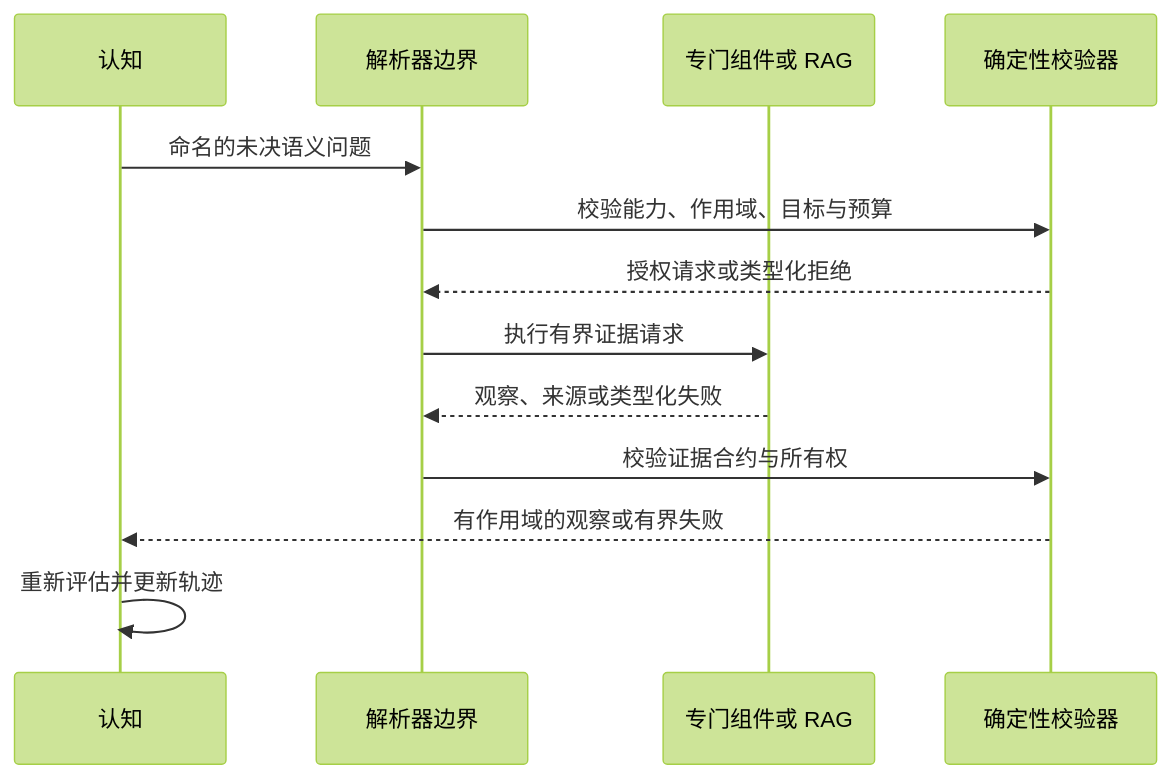
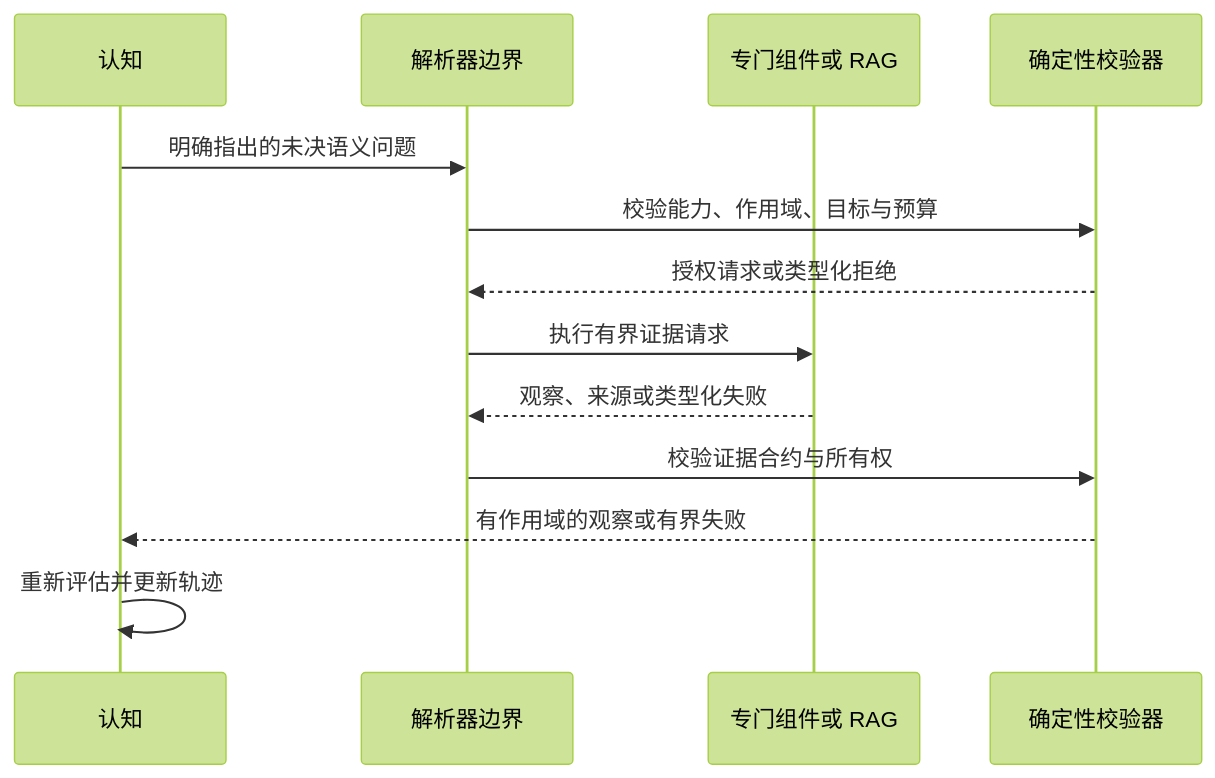
One commit to eamars/KazusaAIChatbot changed the third of 5 diagrams in docs/architecture/explicit_cognitive_trajectory_architecture_zh-CN.md. Above: the diagram before and after it, drawn with Mermaid (forest theme). The commit also changed other lines of this file and 5 other files, not shown here.

````diff
--- a/docs/architecture/explicit_cognitive_trajectory_architecture_zh-CN.md
+++ b/docs/architecture/explicit_cognitive_trajectory_architecture_zh-CN.md
@@ -355,16 +355,16 @@
 ```mermaid
 sequenceDiagram
     participant C as 认知
     participant R as 解析器边界
     participant S as 专门组件或 RAG
     participant V as 确定性校验器
 
-    C->>R: 命名的未决语义问题
+    C->>R: 明确指出的未决语义问题
     R->>V: 校验能力、作用域、目标与预算
     V-->>R: 授权请求或类型化拒绝
     R->>S: 执行有界证据请求
     S-->>R: 观察、来源或类型化失败
     R->>V: 校验证据合约与所有权
     V-->>C: 有作用域的观察或有界失败
     C->>C: 重新评估并更新轨迹
 ```
````
